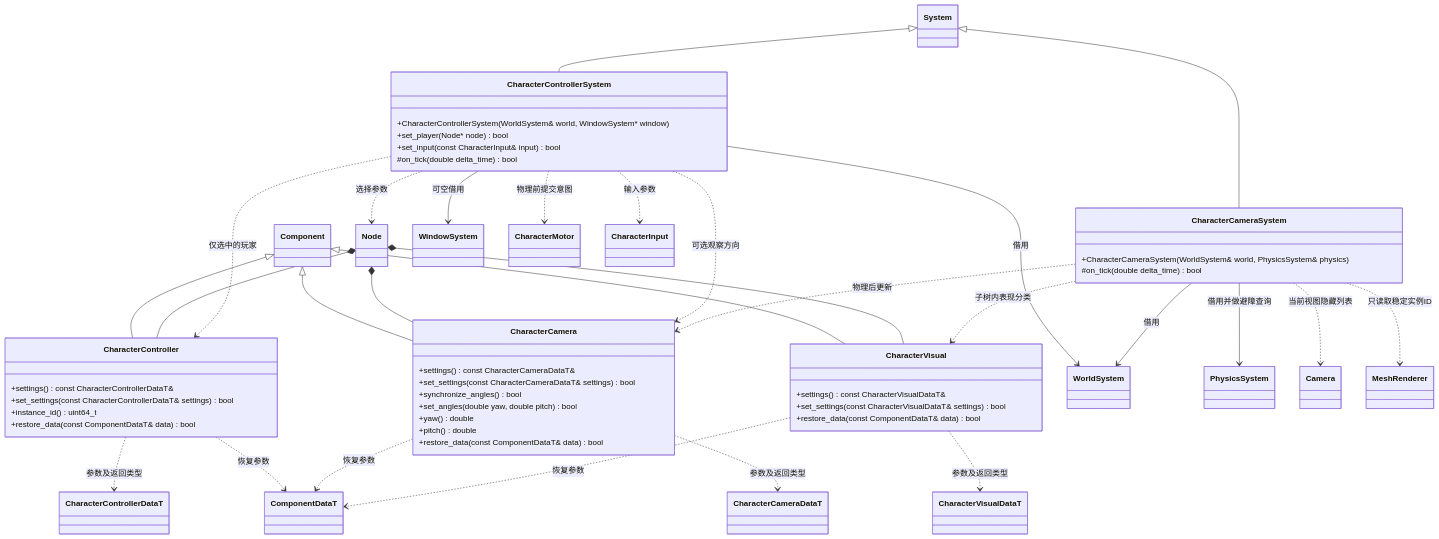
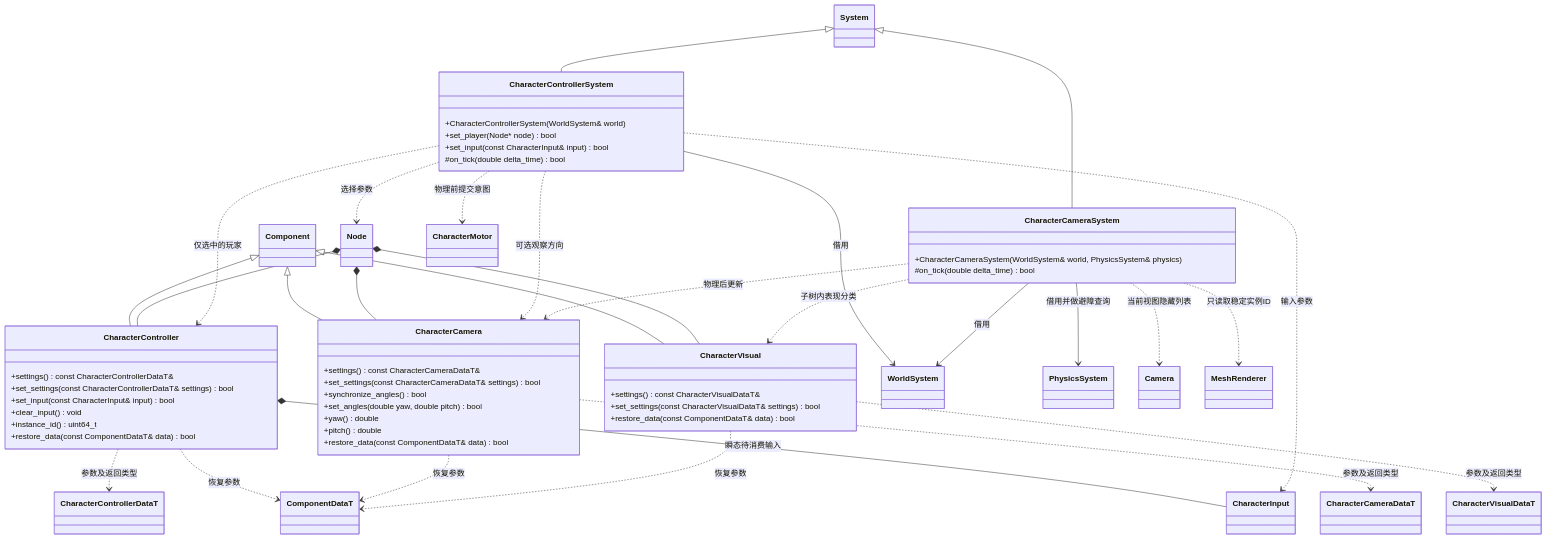
One commit to lcals/Engine changed the diagram in docs/plugins/runtime/class-diagrams/character-controller.md. Above: the diagram before and after it, drawn with Mermaid. The commit also changed other lines of this file and 64 other files, not shown here.

````diff
--- a/docs/plugins/runtime/class-diagrams/character-controller.md
+++ b/docs/plugins/runtime/class-diagrams/character-controller.md
@@ -5,74 +5,75 @@
 ```mermaid
 classDiagram
     class CharacterController {
         +settings() const CharacterControllerDataT&
         +set_settings(const CharacterControllerDataT& settings) bool
+        +set_input(const CharacterInput& input) bool
+        +clear_input() void
         +instance_id() uint64_t
         +restore_data(const ComponentDataT& data) bool
     }
     class CharacterControllerSystem {
-        +CharacterControllerSystem(WorldSystem& world, WindowSystem* window)
+        +CharacterControllerSystem(WorldSystem& world)
         +set_player(Node* node) bool
         +set_input(const CharacterInput& input) bool
         #on_tick(double delta_time) bool
     }
     class CharacterCamera {
         +settings() const CharacterCameraDataT&
         +set_settings(const CharacterCameraDataT& settings) bool
         +synchronize_angles() bool
         +set_angles(double yaw, double pitch) bool
         +yaw() double
         +pitch() double
         +restore_data(const ComponentDataT& data) bool
     }
     class CharacterCameraSystem {
         +CharacterCameraSystem(WorldSystem& world, PhysicsSystem& physics)
         #on_tick(double delta_time) bool
     }
     class CharacterVisual {
         +settings() const CharacterVisualDataT&
         +set_settings(const CharacterVisualDataT& settings) bool
         +restore_data(const ComponentDataT& data) bool
     }
     class Component
     class System
     class Node
     class WorldSystem
-    class WindowSystem
     class PhysicsSystem
     class CharacterMotor
     class Camera
     class MeshRenderer
     class CharacterControllerDataT
     class CharacterCameraDataT
     class CharacterVisualDataT
     class ComponentDataT
     class CharacterInput
     Component <|-- CharacterController
     Component <|-- CharacterCamera
     Component <|-- CharacterVisual
     System <|-- CharacterControllerSystem
     System <|-- CharacterCameraSystem
     Node *-- CharacterController
     Node *-- CharacterCamera
     Node *-- CharacterVisual
     CharacterController ..> CharacterControllerDataT : 参数及返回类型
     CharacterCamera ..> CharacterCameraDataT : 参数及返回类型
     CharacterVisual ..> CharacterVisualDataT : 参数及返回类型
     CharacterController ..> ComponentDataT : 恢复参数
+    CharacterController *-- CharacterInput : 瞬态待消费输入
     CharacterCamera ..> ComponentDataT : 恢复参数
     CharacterVisual ..> ComponentDataT : 恢复参数
     CharacterControllerSystem ..> Node : 选择参数
     CharacterControllerSystem ..> CharacterInput : 输入参数
     CharacterControllerSystem --> WorldSystem : 借用
-    CharacterControllerSystem --> WindowSystem : 可空借用
     CharacterControllerSystem ..> CharacterController : 仅选中的玩家
     CharacterControllerSystem ..> CharacterMotor : 物理前提交意图
     CharacterControllerSystem ..> CharacterCamera : 可选观察方向
     CharacterCameraSystem --> WorldSystem : 借用
     CharacterCameraSystem --> PhysicsSystem : 借用并做避障查询
     CharacterCameraSystem ..> CharacterCamera : 物理后更新
     CharacterCameraSystem ..> Camera : 当前视图隐藏列表
     CharacterCameraSystem ..> CharacterVisual : 子树内表现分类
     CharacterCameraSystem ..> MeshRenderer : 只读取稳定实例ID
 ```
````
